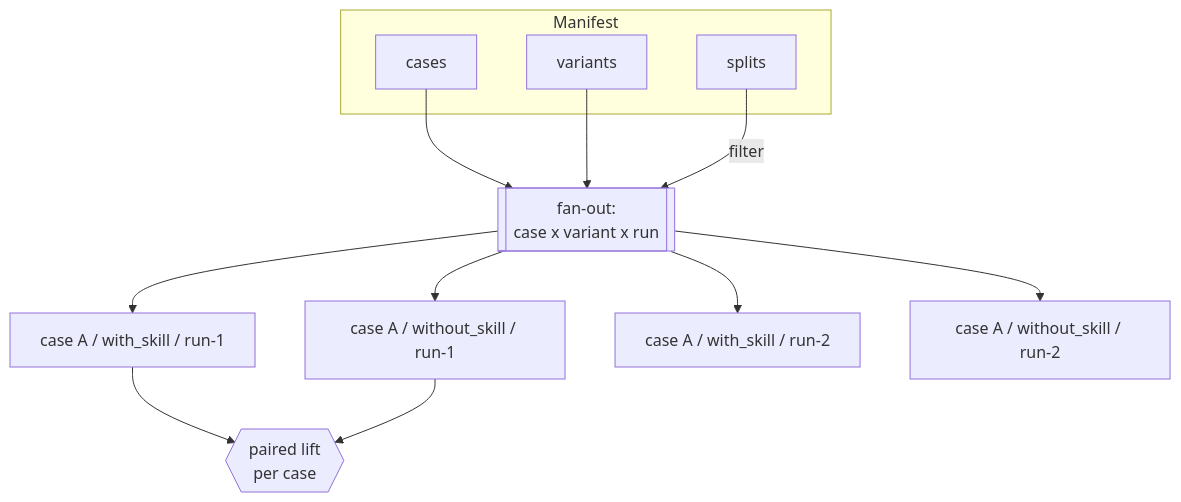
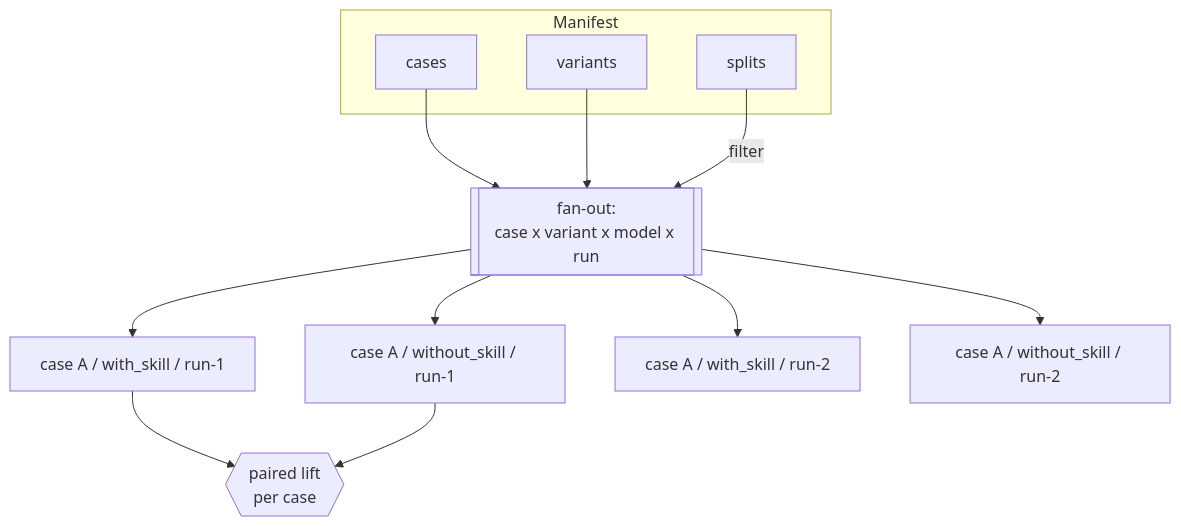
Before and after one commit to adewale/skill-eval-harness: the second of 4 diagrams in docs/architecture.md, drawn with Mermaid. The commit also changed other lines of this file and 44 other files, not shown here.

````diff
--- a/docs/architecture.md
+++ b/docs/architecture.md
@@ -43,17 +44,17 @@
 ```mermaid
 flowchart TB
     subgraph Manifest
         CA[cases] 
         VA[variants]
         SP[splits]
     end
     CA --> FAN
     VA --> FAN
     SP -->|filter| FAN
-    FAN[["fan-out:\ncase x variant x run"]] --> T1[case A / with_skill / run-1]
+    FAN[["fan-out:\ncase x variant x model x run"]] --> T1[case A / with_skill / run-1]
     FAN --> T2[case A / without_skill / run-1]
     FAN --> T3[case A / with_skill / run-2]
     FAN --> T4[case A / without_skill / run-2]
     T1 --> LIFT{{paired lift\nper case}}
     T2 --> LIFT
 ```
````
